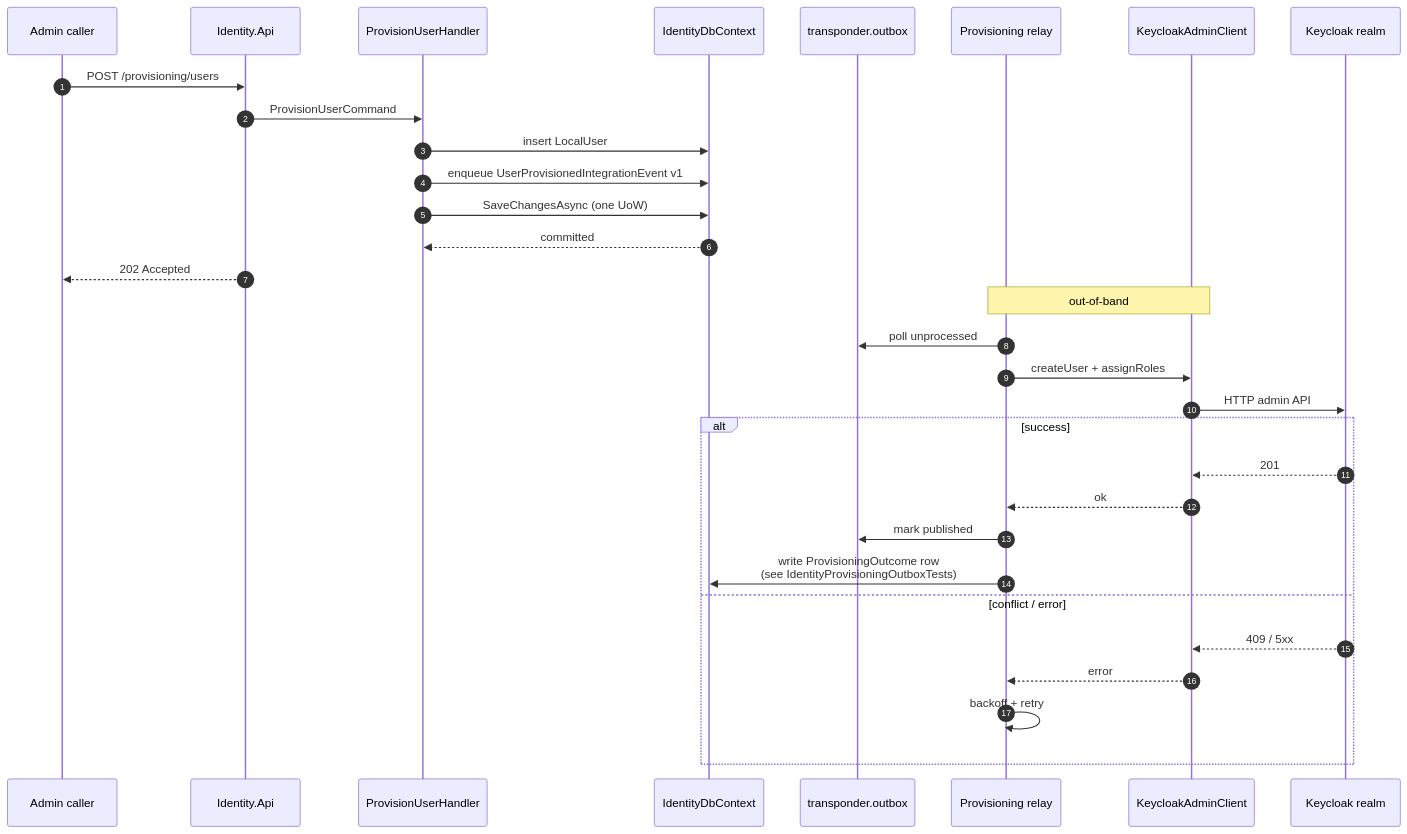
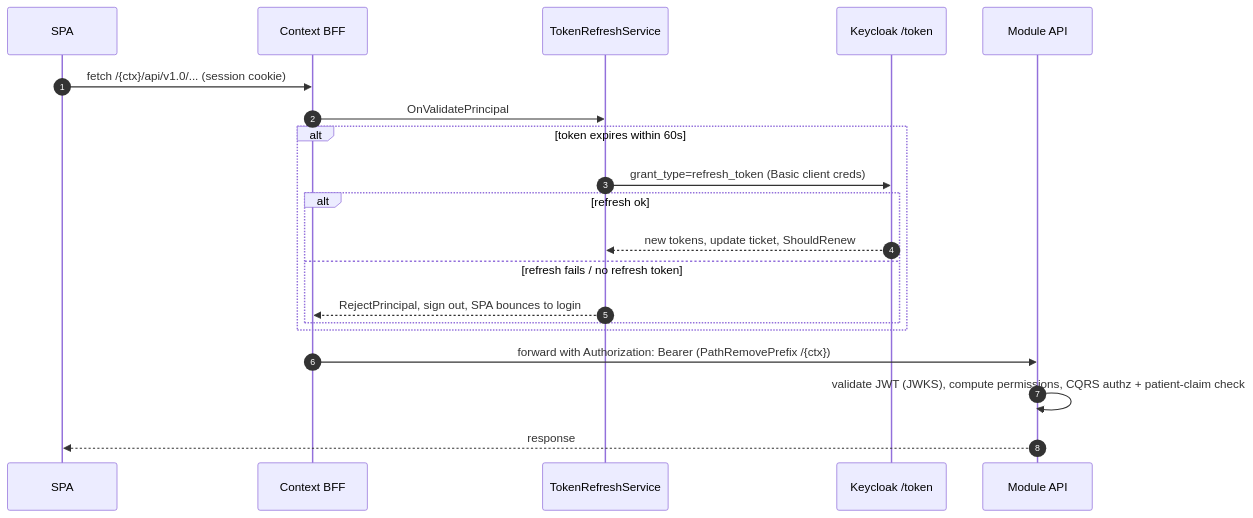
The third of 3 diagrams in src/backend/Identity/ARCHITECTURE.md (Ahmed-Shehzad/Dialysis), drawn with Mermaid before and after one commit. The commit also changed other lines of this file and 75 other files, not shown here.

````diff
--- a/src/backend/Identity/ARCHITECTURE.md
+++ b/src/backend/Identity/ARCHITECTURE.md
@@ -134,35 +120,23 @@
 ```mermaid
 sequenceDiagram
     autonumber
-    participant Admin as Admin caller
-    participant API as Identity.Api
-    participant H as ProvisionUserHandler
-    participant Ctx as IdentityDbContext
-    participant OBX as transponder.outbox
-    participant Relay as Provisioning relay
-    participant Kg as KeycloakAdminClient
-    participant KC as Keycloak realm
+    participant SPA as SPA
+    participant BFF as Context BFF
+    participant TR as TokenRefreshService
+    participant KC as Keycloak /token
+    participant API as Module API
 
-    Admin->>API: POST /provisioning/users
-    API->>H: ProvisionUserCommand
-    H->>Ctx: insert LocalUser
-    H->>Ctx: enqueue UserProvisionedIntegrationEvent v1
-    H->>Ctx: SaveChangesAsync (one UoW)
-    Ctx-->>H: committed
-    API-->>Admin: 202 Accepted
-
-    Note over Relay,Kg: out-of-band
-    Relay->>OBX: poll unprocessed
-    Relay->>Kg: createUser + assignRoles
-    Kg->>KC: HTTP admin API
-    alt success
-        KC-->>Kg: 201
-        Kg-->>Relay: ok
-        Relay->>OBX: mark published
-        Relay->>Ctx: write ProvisioningOutcome row<br/>(see IdentityProvisioningOutboxTests)
-    else conflict / error
-        KC-->>Kg: 409 / 5xx
-        Kg-->>Relay: error
-        Relay->>Relay: backoff + retry
+    SPA->>BFF: fetch /{ctx}/api/v1.0/... (session cookie)
+    BFF->>TR: OnValidatePrincipal
+    alt token expires within 60s
+        TR->>KC: grant_type=refresh_token (Basic client creds)
+        alt refresh ok
+            KC-->>TR: new tokens, update ticket, ShouldRenew
+        else refresh fails / no refresh token
+            TR-->>BFF: RejectPrincipal, sign out, SPA bounces to login
+        end
     end
+    BFF->>API: forward with Authorization: Bearer (PathRemovePrefix /{ctx})
+    API->>API: validate JWT (JWKS), compute permissions, CQRS authz + patient-claim check
+    API-->>SPA: response
 ```
````
